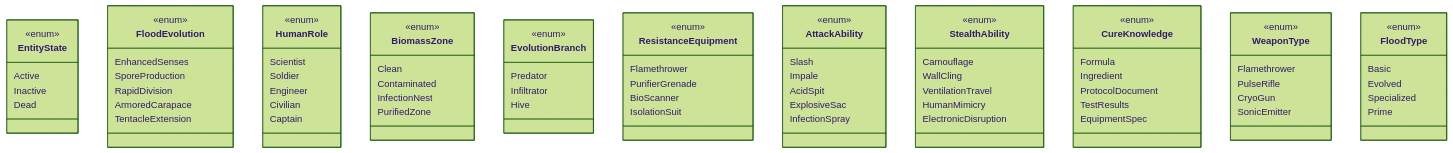
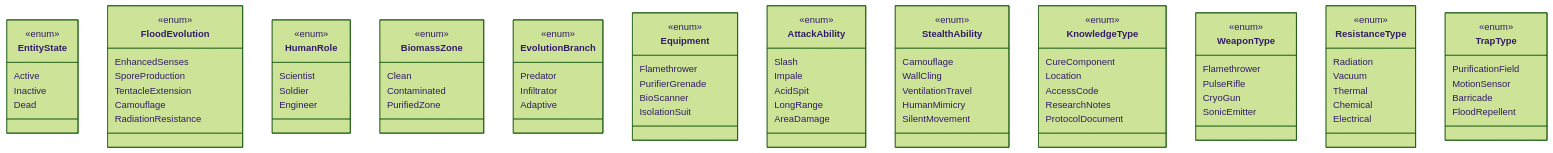
One commit to MAAN-STUDIOS/base-human-edition changed the second of 2 diagrams in docs/Flood-Edition-GDD.md. Above: the diagram before and after it, drawn with Mermaid (forest theme). The commit also changed other lines of this file and 3 other files, not shown here.

````diff
--- a/docs/Flood-Edition-GDD.md
+++ b/docs/Flood-Edition-GDD.md
@@ -415,9 +422,9 @@
         <<enum>>
         EnhancedSenses
         SporeProduction
-        RapidDivision
-        ArmoredCarapace
         TentacleExtension
+        Camouflage
+        RadiationResistance
     }
 
     class HumanRole {
@@ -425,15 +432,12 @@
         Scientist
         Soldier
         Engineer
-        Civilian
-        Captain
     }
 
     class BiomassZone {
         <<enum>>
         Clean
         Contaminated
-        InfectionNest
         PurifiedZone
     }
 
@@ -441,10 +445,10 @@
         <<enum>>
         Predator
         Infiltrator
-        Hive
+        Adaptive
     }
 
-    class ResistanceEquipment {
+    class Equipment {
         <<enum>>
         Flamethrower
         PurifierGrenade
@@ -457,8 +461,8 @@
         Slash
         Impale
         AcidSpit
-        ExplosiveSac
-        InfectionSpray
+        LongRange
+        AreaDamage
     }
 
     class StealthAbility {
@@ -467,16 +471,16 @@
         WallCling
         VentilationTravel
         HumanMimicry
-        ElectronicDisruption
+        SilentMovement
     }
 
-    class CureKnowledge {
+    class KnowledgeType {
         <<enum>>
-        Formula
-        Ingredient
+        CureComponent
+        Location
+        AccessCode
+        ResearchNotes
         ProtocolDocument
-        TestResults
-        EquipmentSpec
     }
 
     class WeaponType {
@@ -487,11 +491,20 @@
         SonicEmitter
     }
 
-    class FloodType {
+    class ResistanceType {
         <<enum>>
-        Basic
-        Evolved
-        Specialized
-        Prime
+        Radiation
+        Vacuum
+        Thermal
+        Chemical
+        Electrical
+    }
+
+    class TrapType {
+        <<enum>>
+        PurificationField
+        MotionSensor
+        Barricade
+        FloodRepellent
     }
 ```
````
